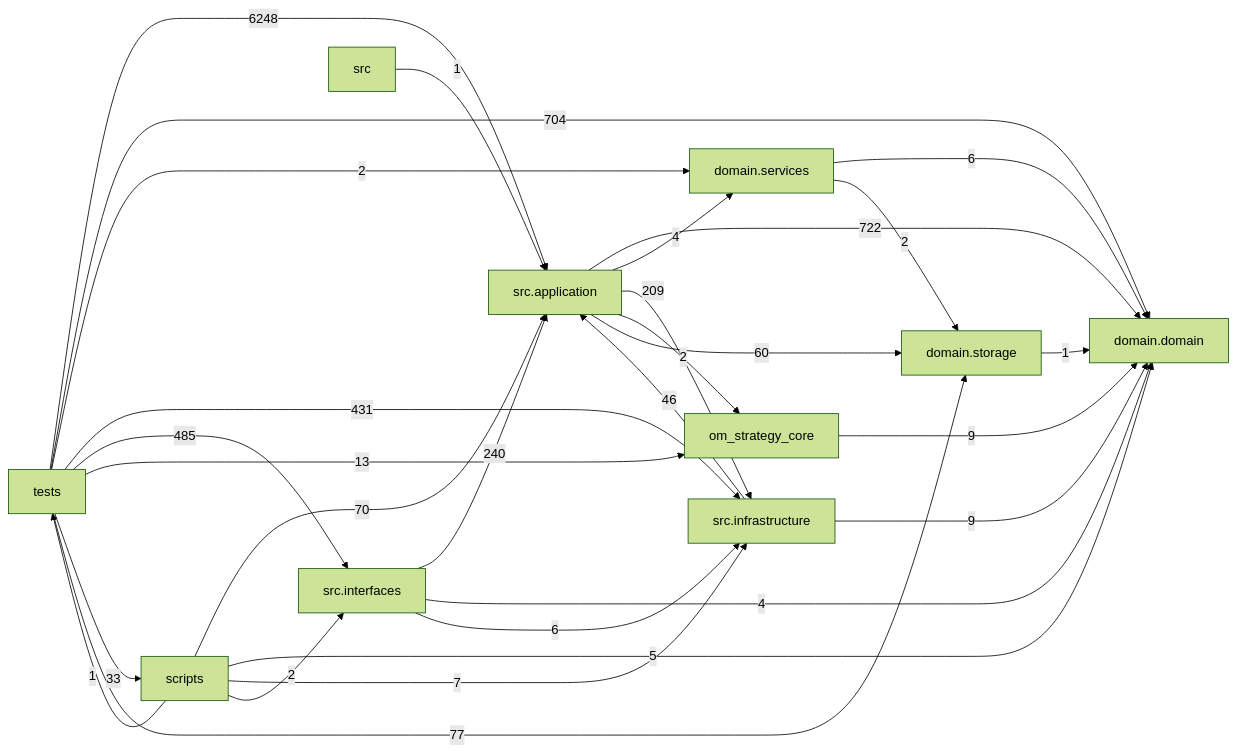
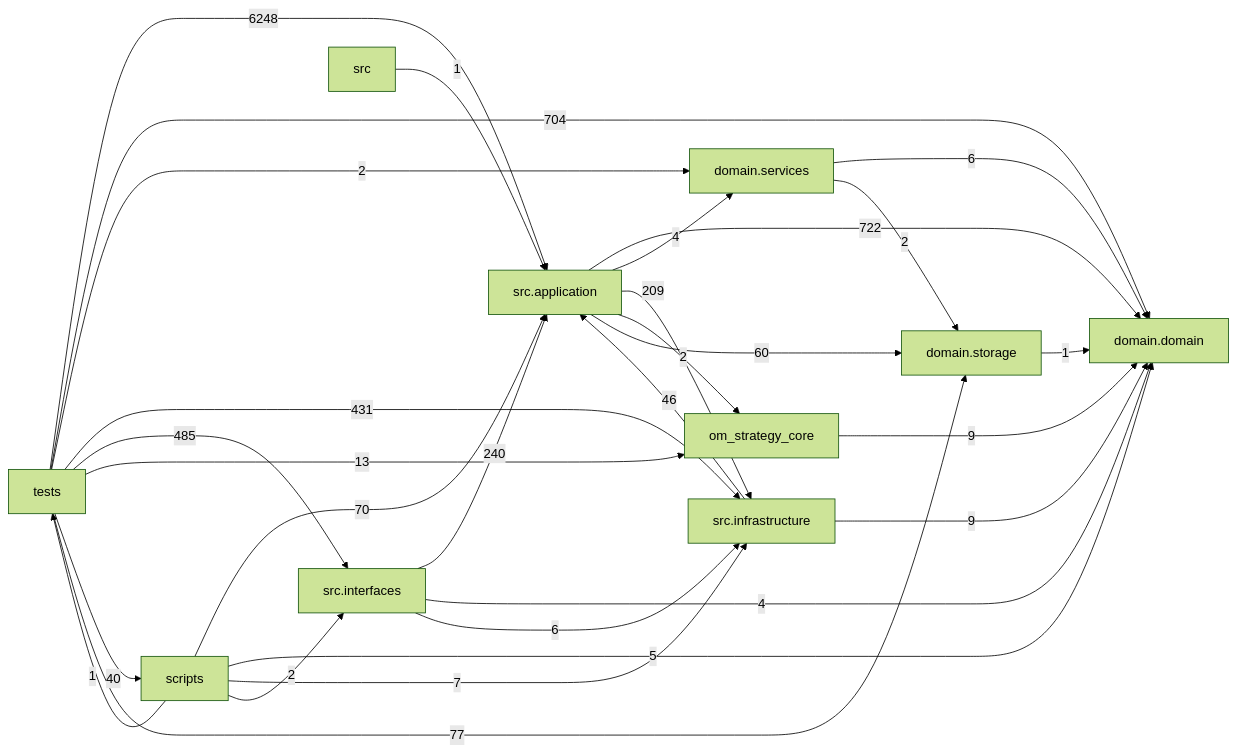
One commit to liuxie066/options-monitor changed the diagram in docs/DEPENDENCY_GRAPH.md. Above: the diagram before and after it, drawn with Mermaid (forest theme). The commit also changed other lines of this file and 7 other files, not shown here.

````diff
--- a/docs/DEPENDENCY_GRAPH.md
+++ b/docs/DEPENDENCY_GRAPH.md
@@ -24,39 +24,39 @@
 ```mermaid
 flowchart LR
   tests["tests"]
   scripts["scripts"]
   interfaces["src.interfaces"]
   application["src.application"]
   infrastructure["src.infrastructure"]
   domain_services["domain.services"]
   domain["domain.domain"]
   storage["domain.storage"]
   application -->|722| domain
   application -->|4| domain_services
   application -->|209| infrastructure
   application -->|2| om_strategy_core
   application -->|60| storage
   domain_services -->|6| domain
   domain_services -->|2| storage
   infrastructure -->|46| application
   infrastructure -->|9| domain
   interfaces -->|240| application
   interfaces -->|4| domain
   interfaces -->|6| infrastructure
   om_strategy_core -->|9| domain
   scripts -->|70| application
   scripts -->|5| domain
   scripts -->|7| infrastructure
   scripts -->|2| interfaces
   scripts -->|1| tests
   src -->|1| application
   storage -->|1| domain
   tests -->|6248| application
   tests -->|704| domain
   tests -->|2| domain_services
   tests -->|431| infrastructure
   tests -->|485| interfaces
   tests -->|13| om_strategy_core
-  tests -->|33| scripts
+  tests -->|40| scripts
   tests -->|77| storage
 ```
````
